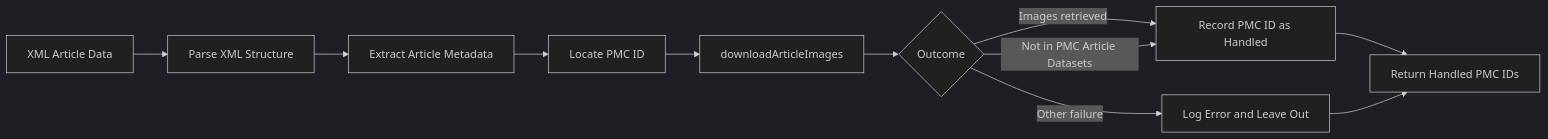
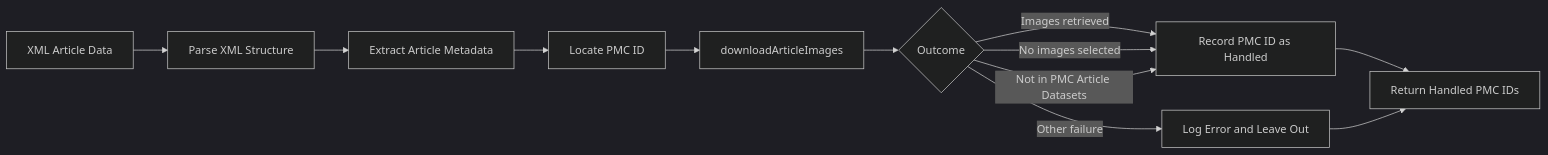
The fifth of 10 diagrams in docs/architecture/index.md (AlexJSully/Publication-Figure-Retrieval), drawn with Mermaid (dark theme) before and after one commit. The commit also changed other lines of this file and 8 other files, not shown here.

````diff
--- a/docs/architecture/index.md
+++ b/docs/architecture/index.md
@@ -163,16 +163,17 @@
 ```mermaid
 graph LR
     accTitle: Parse Module Article Processing
-    accDescr: The parse module takes XML article data, awaits parsing of its structure, extracts the article metadata, and locates the PMC ID of each article in turn. It calls downloadArticleImages for the article. If the images are retrieved, or the article is not in the PMC Article Datasets, the PMC ID is recorded as handled. Any other failure is logged and the article is left out. After the last article the module returns the handled PMC IDs.
+    accDescr: The parse module awaits XML parsing, extracts each article's PMC ID, and calls downloadArticleImages. If that call resolves, including when no images are selected, or raises ArticleNotInDatasetError, parseFigures records the PMC ID as handled. Other failures are logged and omitted from the returned IDs.
 
         A[XML Article Data] --> B[Parse XML Structure]
         B --> C[Extract Article Metadata]
         C --> D[Locate PMC ID]
         D --> E[downloadArticleImages]
         E --> F{Outcome}
         F -->|Images retrieved| G[Record PMC ID as Handled]
+        F -->|No images selected| G
         F -->|Not in PMC Article Datasets| G
         F -->|Other failure| H[Log Error and Leave Out]
         G --> I[Return Handled PMC IDs]
         H --> I
 ```
````
